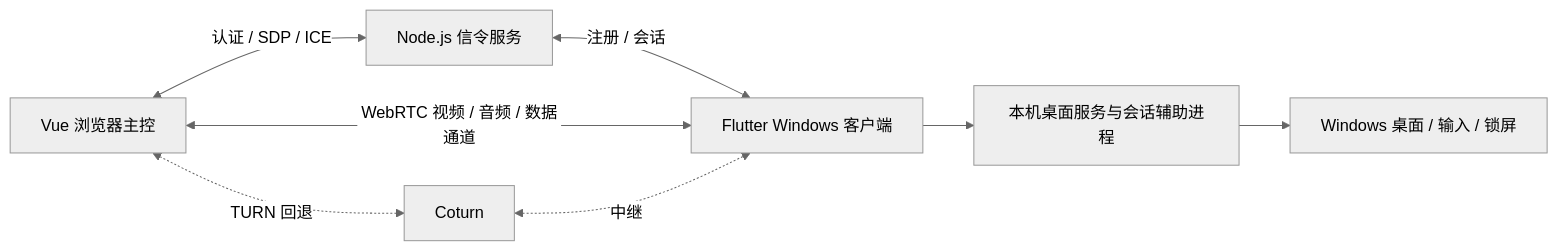
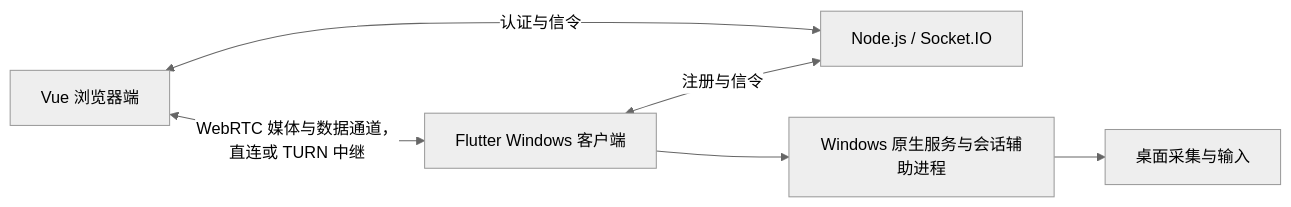
Before and after one commit to ChrisDong-THU/WebDesk: the diagram in docs/development.md, drawn with Mermaid (neutral theme). The commit also changed other lines of this file and 108 other files, not shown here.

````diff
--- a/docs/development.md
+++ b/docs/development.md
@@ -59,10 +9,8 @@
 ```mermaid
 flowchart LR
-  B[Vue 浏览器主控] <-->|认证 / SDP / ICE| S[Node.js 信令服务]
-  S <-->|注册 / 会话| W[Flutter Windows 客户端]
-  B <-->|WebRTC 视频 / 音频 / 数据通道| W
-  B <-. TURN 回退 .-> T[Coturn]
-  T <-. 中继 .-> W
-  W --> N[本机桌面服务与会话辅助进程]
-  N --> D[Windows 桌面 / 输入 / 锁屏]
+  B[Vue 浏览器端] <-->|认证与信令| S[Node.js / Socket.IO]
+  W[Flutter Windows 客户端] <-->|注册与信令| S
+  B <-->|WebRTC 媒体与数据通道，直连或 TURN 中继| W
+  W --> N[Windows 原生服务与会话辅助进程]
+  N --> D[桌面采集与输入]
 ```
````
